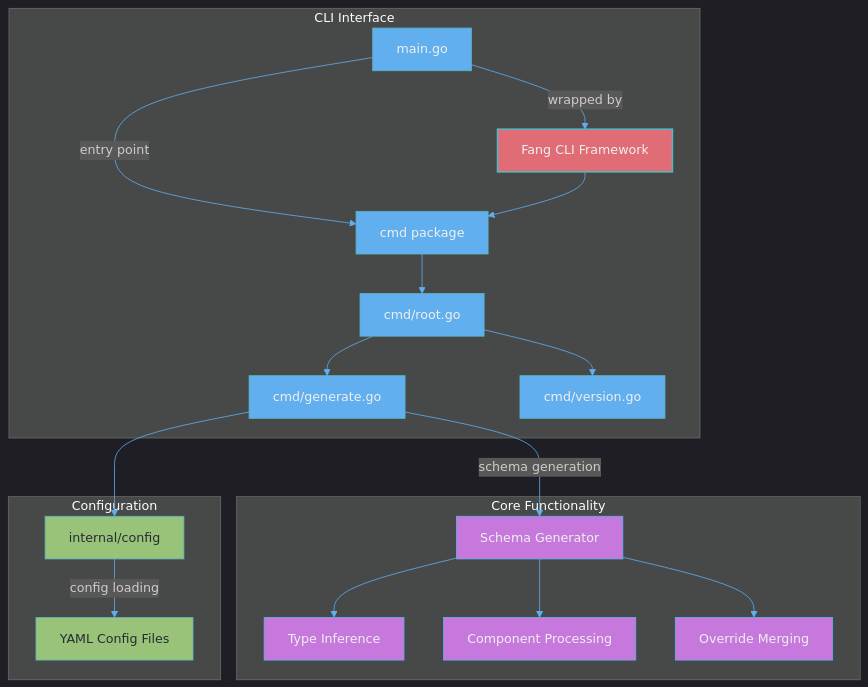
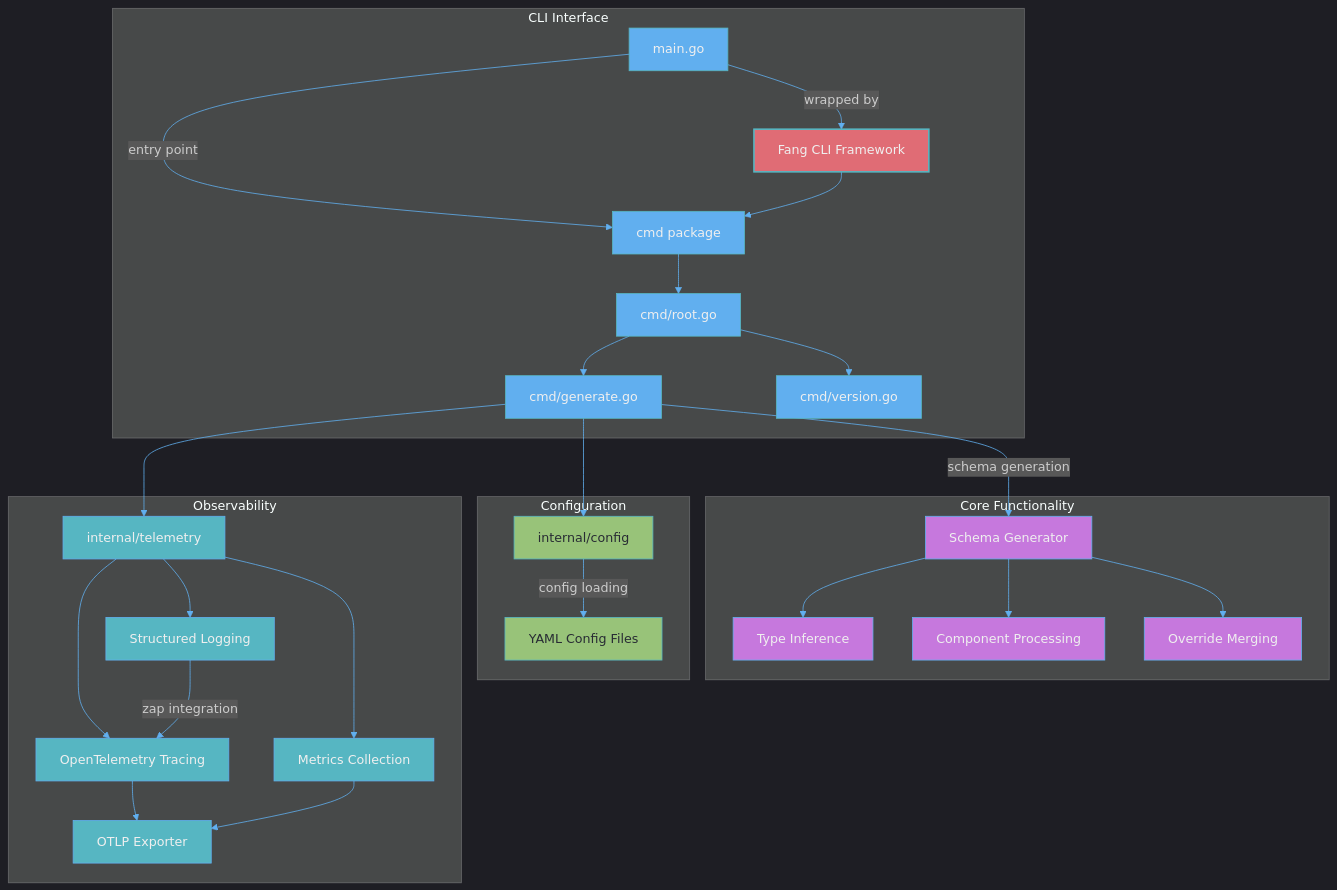
Before and after one commit to mkm29/valet: the diagram in README.md, drawn with Mermaid. The commit also changed other lines of this file and 13 other files, not shown here.

First line of the commit message:
feat(telemetry): Integrate OpenTelemetry for enhanced observability

````diff
--- a/README.md
+++ b/README.md
@@ -58,53 +58,65 @@
 ```mermaid
 %%{
   init: {
     'theme': 'dark',
     'themeVariables': {
       'primaryColor': '#3e4451',
       'primaryTextColor': '#abb2bf',
       'primaryBorderColor': '#56b6c2',
       'lineColor': '#61afef',
       'secondaryColor': '#2c313c',
       'tertiaryColor': '#3b4048'
     }
   }
 }%%
 graph TD
     Main[main.go] --> |entry point| Cmd[cmd package]
     Cmd --> RootCmd[cmd/root.go]
     RootCmd --> GenerateCmd[cmd/generate.go]
     RootCmd --> VersionCmd[cmd/version.go]
     GenerateCmd --> Config[internal/config]
     GenerateCmd --> |schema generation| SchemaGen[Schema Generator]
+    GenerateCmd --> Telemetry[internal/telemetry]
     Config --> |config loading| YAML[YAML Config Files]
 
     subgraph "Core Functionality"
         SchemaGen --> TypeInference[Type Inference]
         SchemaGen --> ComponentHandling[Component Processing]
         SchemaGen --> OverrideMerging[Override Merging]
     end
 
     subgraph "CLI Interface"
         Main --> |wrapped by| Fang[Fang CLI Framework]
         Fang --> Cmd
         Cmd
         RootCmd
         GenerateCmd
         VersionCmd
     end
 
     subgraph "Configuration"
         Config
         YAML
     end
 
+    subgraph "Observability"
+        Telemetry --> Tracing[OpenTelemetry Tracing]
+        Telemetry --> Metrics[Metrics Collection]
+        Telemetry --> Logging[Structured Logging]
+        Tracing --> OTLP[OTLP Exporter]
+        Metrics --> OTLP
+        Logging --> |zap integration| Tracing
+    end
+
     classDef core fill:#c678dd,stroke:#61afef,stroke-width:1px,color:#efefef;
     classDef cli fill:#61afef,stroke:#56b6c2,stroke-width:1px,color:#efefef;
     classDef config fill:#98c379,stroke:#56b6c2,stroke-width:1px,color:#282c34;
     classDef fang fill:#e06c75,stroke:#56b6c2,stroke-width:2px,color:#efefef;
+    classDef telemetry fill:#56b6c2,stroke:#61afef,stroke-width:1px,color:#efefef;
 
     class SchemaGen,TypeInference,ComponentHandling,OverrideMerging core;
     class Main,Cmd,RootCmd,GenerateCmd,VersionCmd cli;
     class Config,YAML config;
     class Fang fang;
+    class Telemetry,Tracing,Metrics,Logging,OTLP telemetry;
 ```
````
